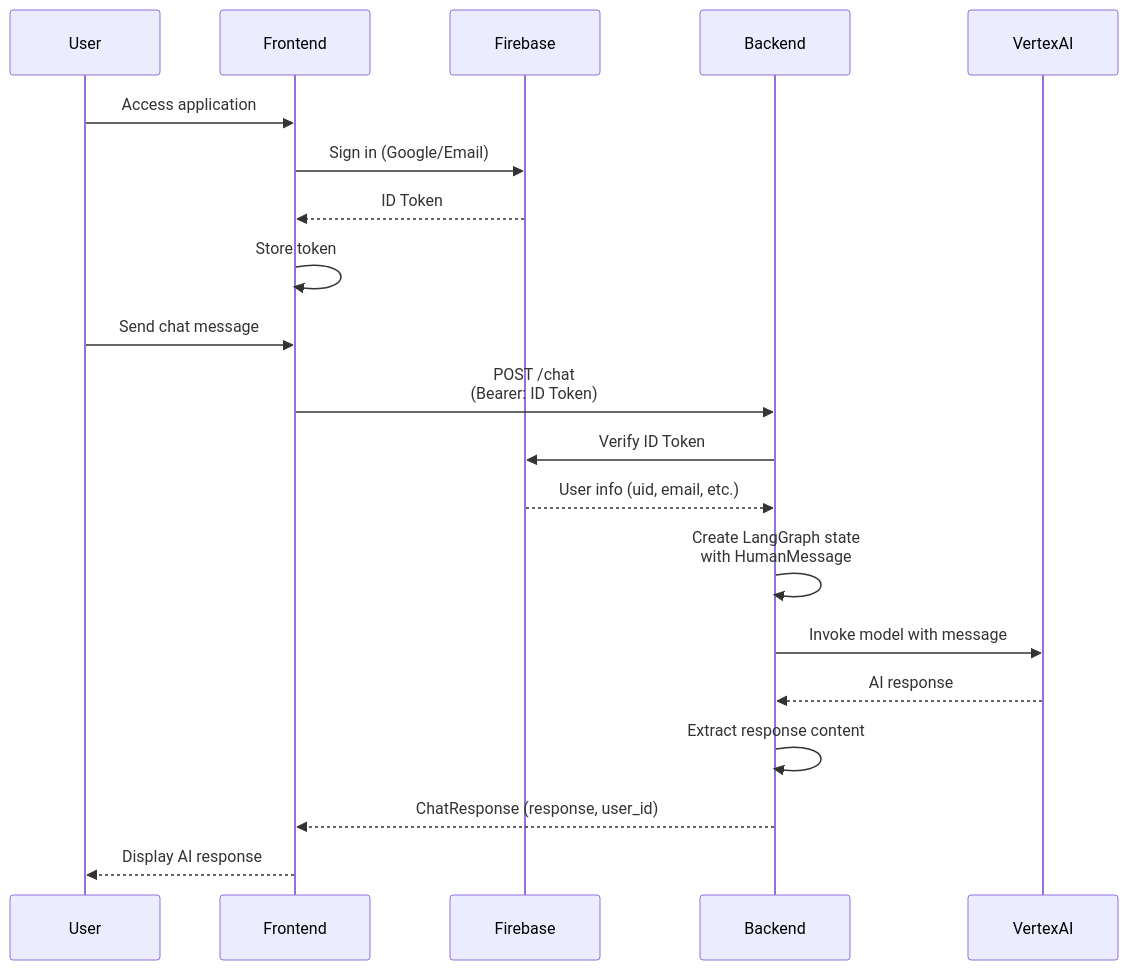
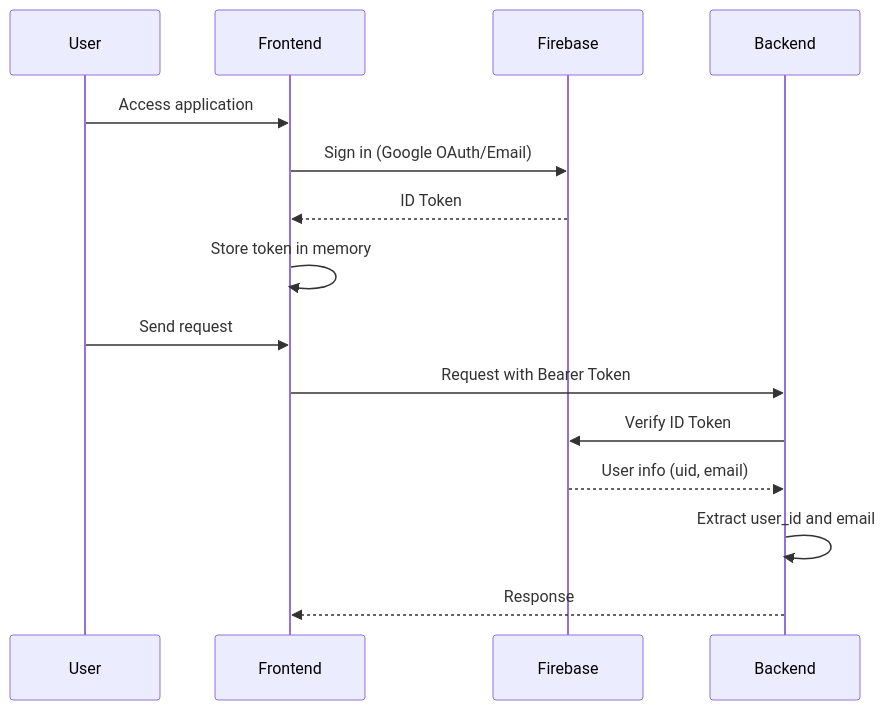
Before and after one commit to hit8-io/hit8: the fifth of 13 diagrams in .cursor/docs/architecture.md, drawn with Mermaid. The commit also changed other lines of this file and 64 other files, not shown here.

````diff
--- a/.cursor/docs/architecture.md
+++ b/.cursor/docs/architecture.md
@@ -97,24 +227,19 @@
 ```mermaid
 sequenceDiagram
     participant User
     participant Frontend
     participant Firebase
     participant Backend
-    participant VertexAI
     
     User->>Frontend: Access application
-    Frontend->>Firebase: Sign in (Google/Email)
+    Frontend->>Firebase: Sign in (Google OAuth/Email)
     Firebase-->>Frontend: ID Token
-    Frontend->>Frontend: Store token
+    Frontend->>Frontend: Store token in memory
     
-    User->>Frontend: Send chat message
-    Frontend->>Backend: POST /chat<br/>(Bearer: ID Token)
+    User->>Frontend: Send request
+    Frontend->>Backend: Request with Bearer Token
     Backend->>Firebase: Verify ID Token
-    Firebase-->>Backend: User info (uid, email, etc.)
-    Backend->>Backend: Create LangGraph state<br/>with HumanMessage
-    Backend->>VertexAI: Invoke model with message
-    VertexAI-->>Backend: AI response
-    Backend->>Backend: Extract response content
-    Backend-->>Frontend: ChatResponse (response, user_id)
-    Frontend-->>User: Display AI response
+    Firebase-->>Backend: User info (uid, email)
+    Backend->>Backend: Extract user_id and email
+    Backend-->>Frontend: Response
 ```
````
